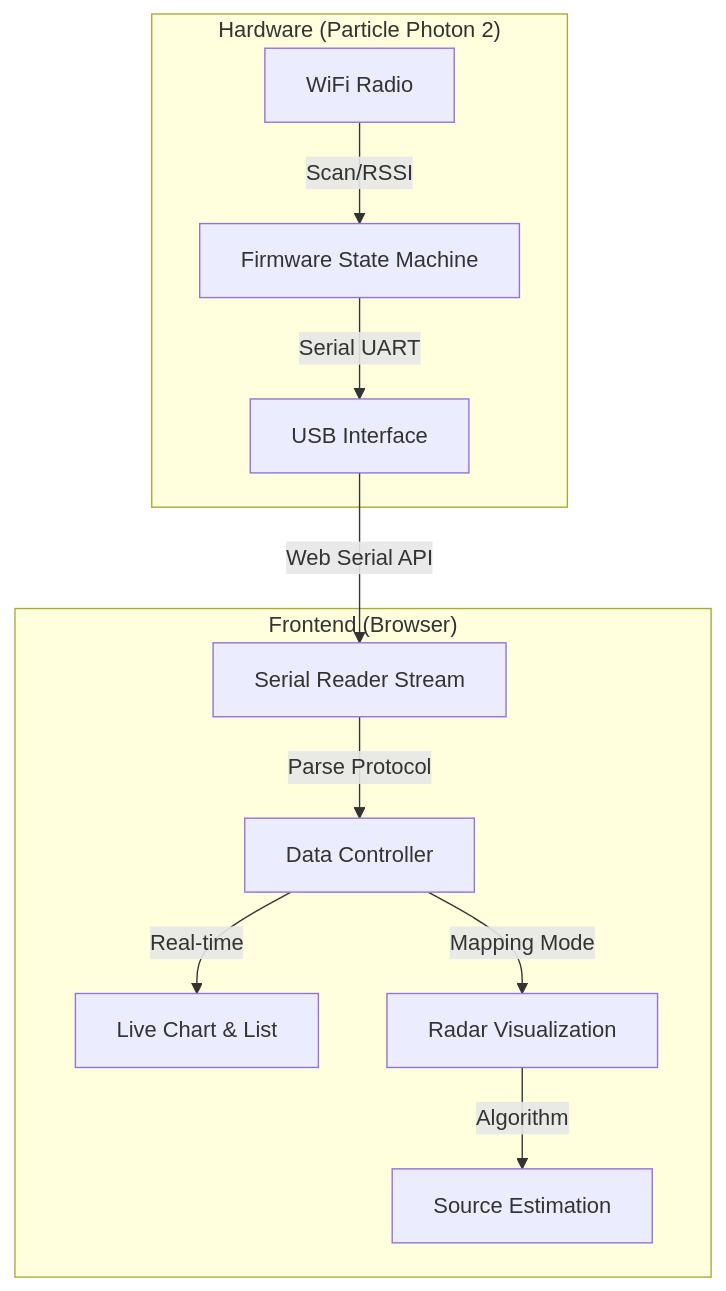
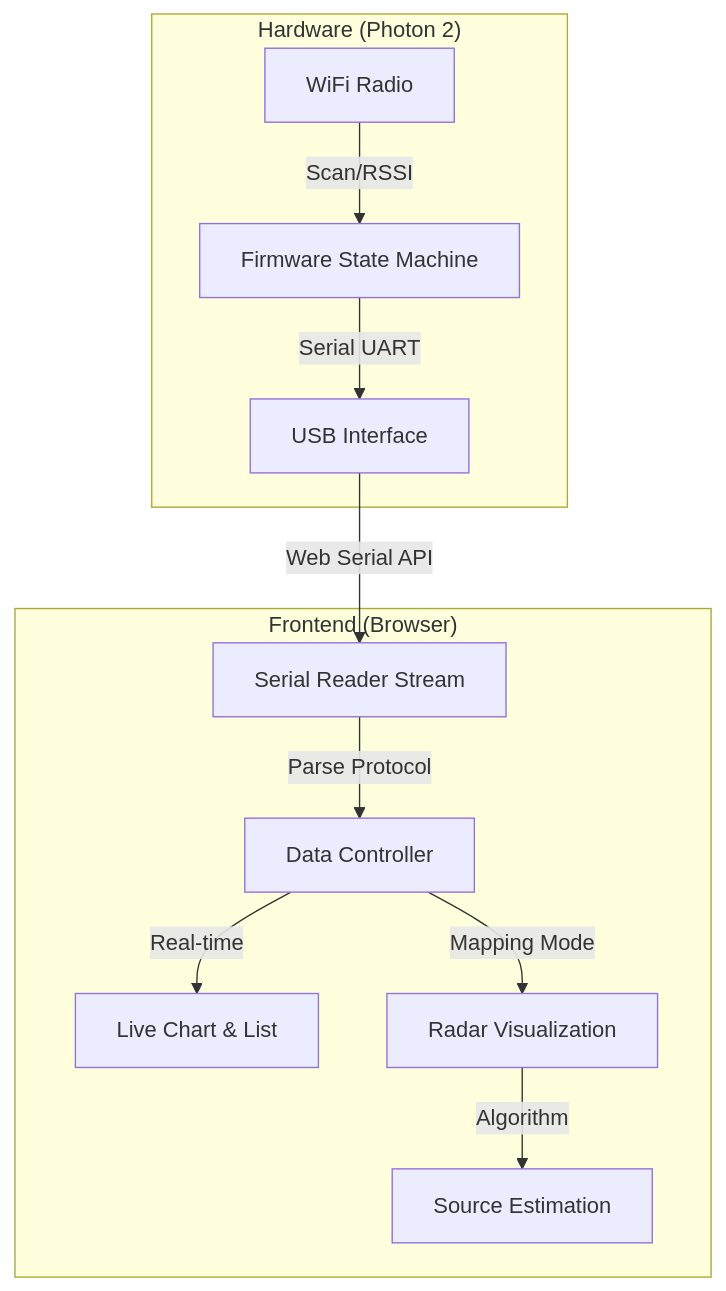
Before and after one commit to xzg3417/EE1301_Project_Standalone: the first of 3 diagrams in README.md, drawn with Mermaid. The commit also changed other lines of this file, not shown here.

Commit message:
Update README.md
Added NOTES; Optimized the first mermaid graph

````diff
--- a/README.md
+++ b/README.md
@@ -52,15 +54,15 @@
 ```mermaid
 graph TD
-    subgraph "Hardware (Particle Photon 2)"
+    subgraph "Hardware (Photon 2)"
         A[WiFi Radio] -->|Scan/RSSI| B[Firmware State Machine]
         B -->|Serial UART| C[USB Interface]
     end
 
     subgraph "Frontend (Browser)"
         C -->|Web Serial API| D[Serial Reader Stream]
         D -->|Parse Protocol| E[Data Controller]
         E -->|Real-time| F[Live Chart & List]
         E -->|Mapping Mode| G[Radar Visualization]
         G -->|Algorithm| H[Source Estimation]
     end
 ```
````
